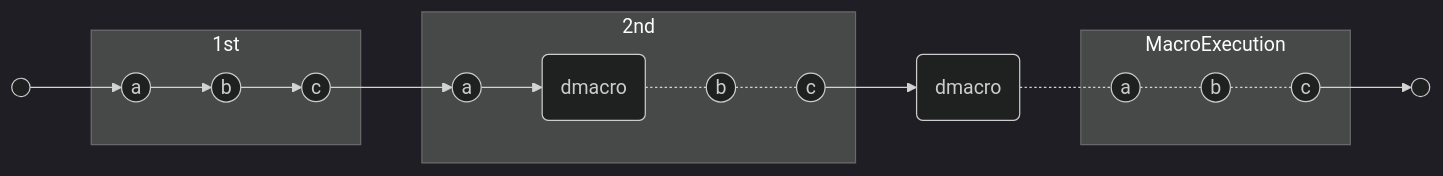
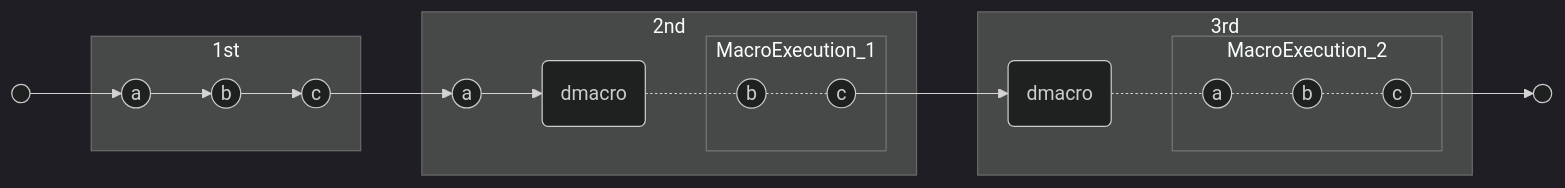
The second of 2 diagrams in README.md (tani/dmacro.vim), drawn with Mermaid (dark theme) before and after one commit. The commit also changed other lines of this file, not shown here.

````diff
--- a/README.md
+++ b/README.md
@@ -49,21 +51,25 @@
   ```mermaid
   graph LR
-  start(( )) --> a1((a))
-  subgraph 1st
-  a1 --> b1((b))
-  b1 --> c1((c))
-  end
-  subgraph 2nd
-  c1 --> a2((a))
-  a2 --> dmacro1(dmacro)
-  dmacro1 -.- b2((b))
-  b2 -.- c2((c))
-  end
-  c2 --> dmacro2(dmacro)
-  dmacro2 -.- a3((a))
-  subgraph MacroExecution
-  a3 -.- b3((b))
-  b3 -.- c3((c))
-  end
-  c3 --> quit(( ))
+    start(( )) --> a1((a))
+    subgraph 1st
+    a1 --> b1((b))
+    b1 --> c1((c))
+    end
+    subgraph 2nd
+    c1 --> a2((a))
+    a2 --> dmacro1(dmacro)
+    dmacro1 -.- b2((b))
+    subgraph MacroExecution_1
+    b2 -.- c2((c))
+    end
+    end
+    subgraph 3rd
+    c2 --> dmacro2(dmacro)
+    dmacro2 -.- a3((a))
+    subgraph MacroExecution_2
+    a3 -.- b3((b))
+    b3 -.- c3((c))
+    end
+    end
+    c3 --> quit(( ))
   ```
````
